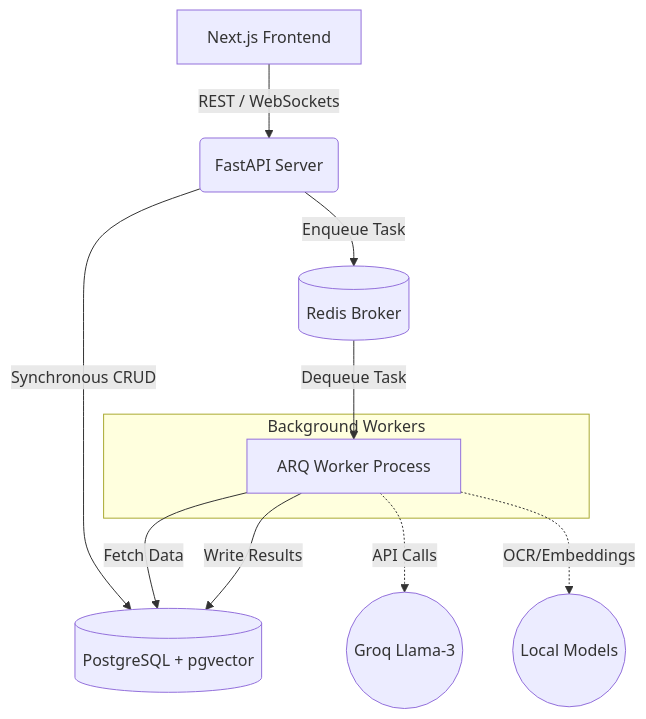
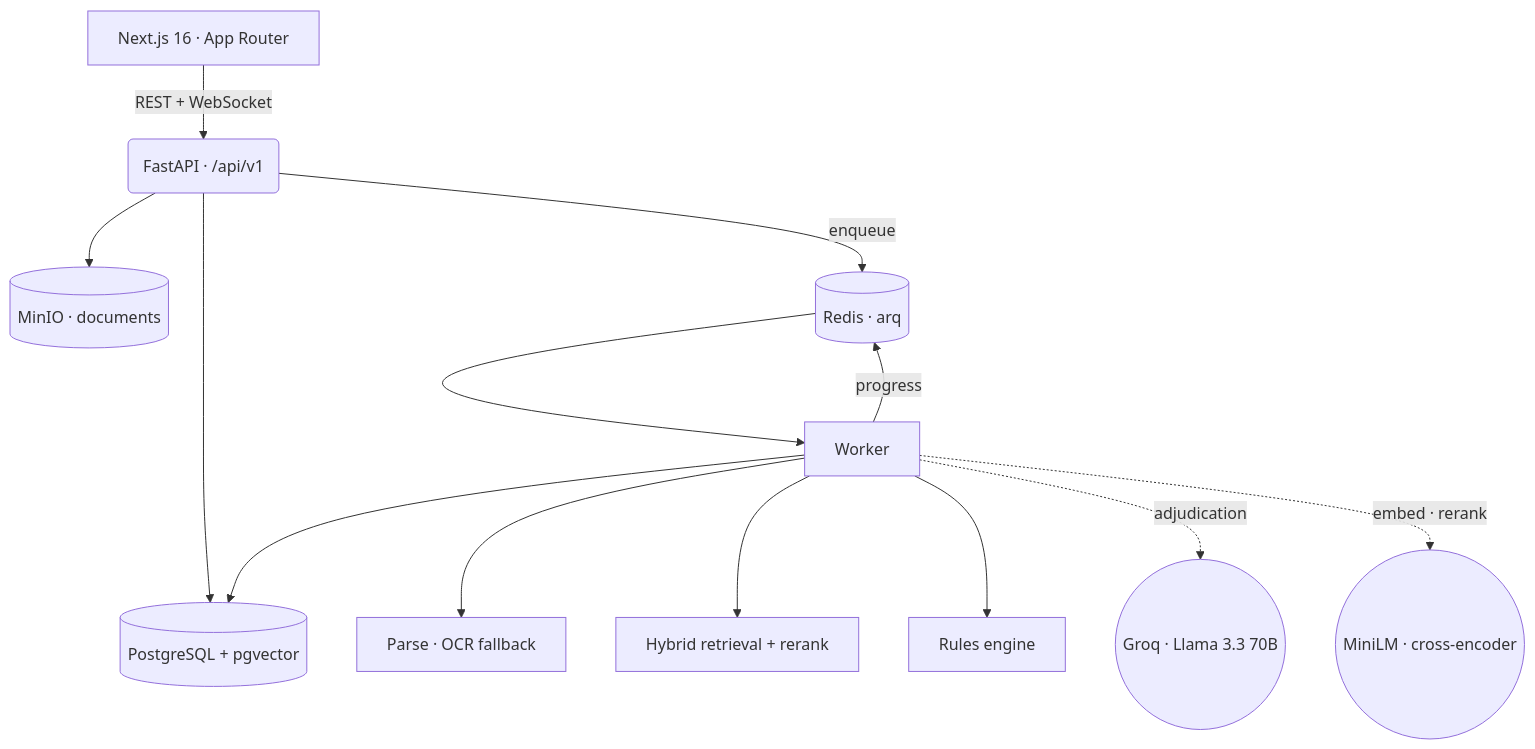
One commit to panyakapoor1/ClaimSenseAI changed the diagram in README.md. Above: the diagram before and after it, drawn with Mermaid. The commit also changed other lines of this file, not shown here.

````diff
--- a/README.md
+++ b/README.md
@@ -25,16 +58,16 @@
 ```mermaid
 graph TD
-    Client[Next.js Frontend] -->|REST / WebSockets| API(FastAPI Server)
-    API -->|Synchronous CRUD| DB[(PostgreSQL + pgvector)]
-    API -->|Enqueue Task| Redis[(Redis Broker)]
-    
-    subgraph Background Workers
-        Worker[ARQ Worker Process]
-    end
-    
-    Redis -->|Dequeue Task| Worker
-    Worker -->|Fetch Data| DB
-    Worker -->|Write Results| DB
-    Worker -.->|API Calls| LLM((Groq Llama-3))
-    Worker -.->|OCR/Embeddings| LocalAI((Local Models))
+    Browser[Next.js 16 · App Router] -->|REST + WebSocket| API(FastAPI · /api/v1)
+    API --> DB[(PostgreSQL + pgvector)]
+    API --> Store[(MinIO · documents)]
+    API -->|enqueue| Q[(Redis · arq)]
+
+    Q --> W[Worker]
+    W --> Parse[Parse · OCR fallback]
+    W --> Retrieve[Hybrid retrieval + rerank]
+    W --> Rules[Rules engine]
+    W -.->|adjudication| LLM((Groq · Llama 3.3 70B))
+    W -.->|embed · rerank| Local((MiniLM · cross-encoder))
+    W --> DB
+    W -->|progress| Q
 ```
````
